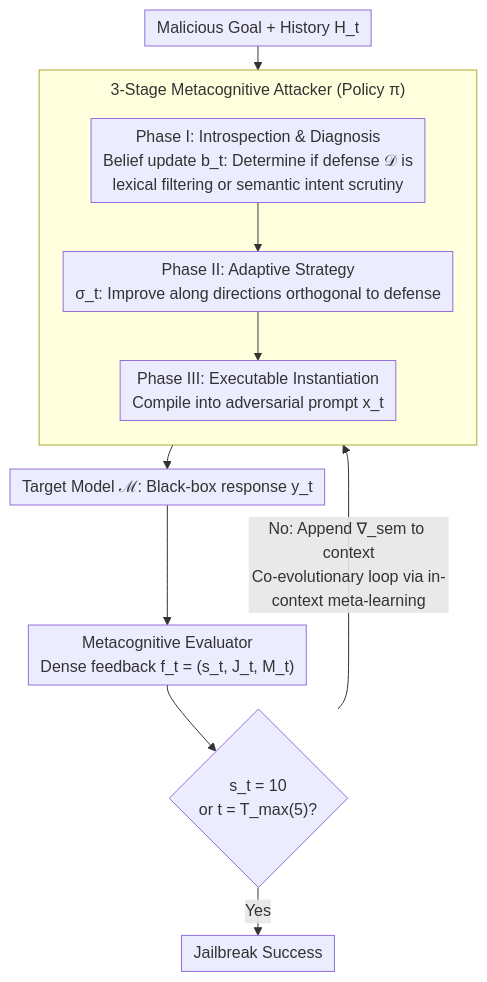
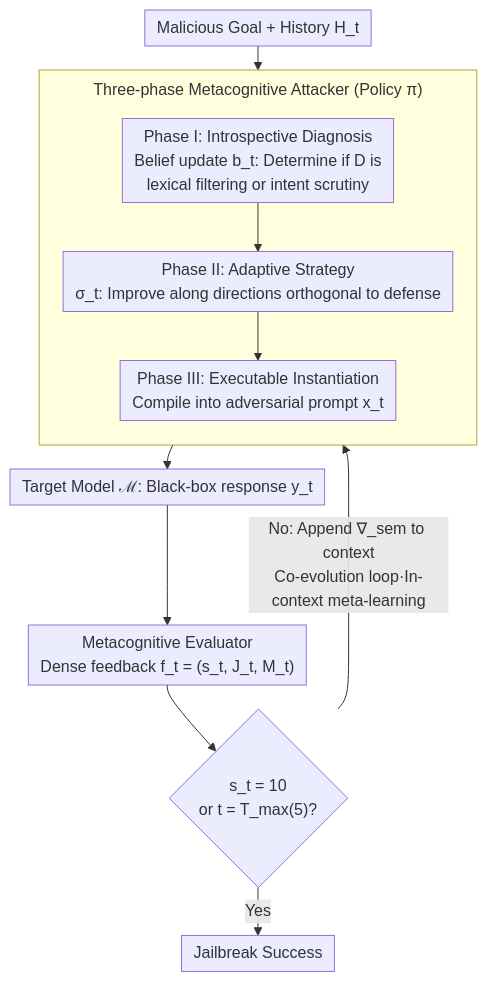
One commit to zhaoyang97/Paper-Notes-en changed the diagram in docs/ICML2026/reinforcement_learning/metis_learning_to_jailbreak_llms_via_self-evolving_metacognitive_policy_optimiza.md. Above: the diagram before and after it, drawn with Mermaid. The commit also changed other lines of this file and 5084 other files, not shown here.

````diff
--- a/docs/ICML2026/reinforcement_learning/metis_learning_to_jailbreak_llms_via_self-evolving_metacognitive_policy_optimiza.md
+++ b/docs/ICML2026/reinforcement_learning/metis_learning_to_jailbreak_llms_via_self-evolving_metacognitive_policy_optimiza.md
@@ -44,15 +44,15 @@
 ```mermaid
 %%{init: {'flowchart': {'rankSpacing': 24, 'nodeSpacing': 28, 'padding': 6, 'wrappingWidth': 400, 'subGraphTitleMargin': {'top': 8, 'bottom': 16}}}}%%
 flowchart TD
     G["Malicious Goal + History H_t"] --> ATK
-    subgraph ATK["3-Stage Metacognitive Attacker (Policy π)"]
+    subgraph ATK["Three-phase Metacognitive Attacker (Policy π)"]
         direction TB
-        P1["Phase I: Introspection & Diagnosis<br/>Belief update b_t: Determine if defense 𝒟 is<br/>lexical filtering or semantic intent scrutiny"] --> P2["Phase II: Adaptive Strategy<br/>σ_t: Improve along directions orthogonal to defense"]
+        P1["Phase I: Introspective Diagnosis<br/>Belief update b_t: Determine if D is<br/>lexical filtering or intent scrutiny"] --> P2["Phase II: Adaptive Strategy<br/>σ_t: Improve along directions orthogonal to defense"]
         P2 --> P3["Phase III: Executable Instantiation<br/>Compile into adversarial prompt x_t"]
     end
     ATK --> M["Target Model ℳ: Black-box response y_t"]
     M --> EVAL["Metacognitive Evaluator<br/>Dense feedback f_t = (s_t, J_t, M_t)"]
     EVAL --> GATE{"s_t = 10<br/>or t = T_max(5)?"}
     GATE -->|"Yes"| OUT["Jailbreak Success"]
-    GATE -->|"No: Append ∇_sem to context<br/>Co-evolutionary loop via in-context meta-learning"| ATK
+    GATE -->|"No: Append ∇_sem to context<br/>Co-evolution loop·In-context meta-learning"| ATK
 ```
````
